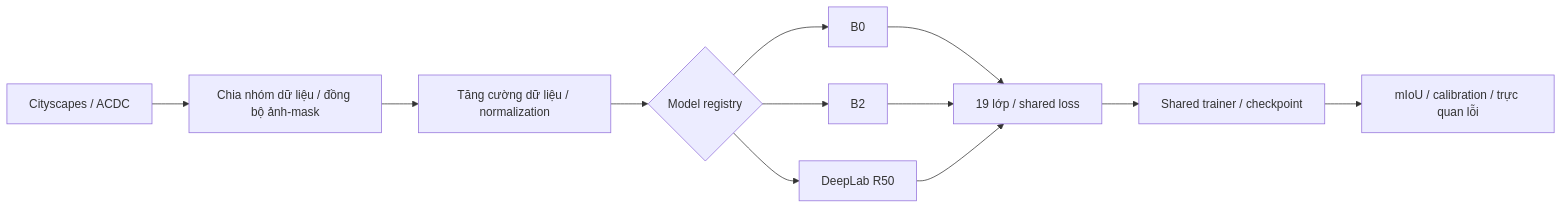
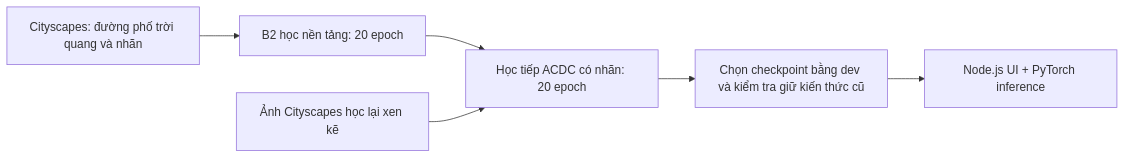
The diagram in README.md (MinhToan1001/adverse-weather-segmentation), drawn with Mermaid before and after one commit. The commit also changed other lines of this file and 44 other files, not shown here.

````diff
--- a/README.md
+++ b/README.md
@@ -29,14 +17,8 @@
 ```mermaid
 flowchart LR
-    D[Cityscapes / ACDC] --> P[Chia nhóm dữ liệu / đồng bộ ảnh-mask]
-    P --> A[Tăng cường dữ liệu / normalization]
-    A --> M{Model registry}
-    M --> B0[B0]
-    M --> B2[B2]
-    M --> DL[DeepLab R50]
-    B0 --> L[19 lớp / shared loss]
-    B2 --> L
-    DL --> L
-    L --> T[Shared trainer / checkpoint]
-    T --> E[mIoU / calibration / trực quan lỗi]
+    C[Cityscapes: đường phố trời quang và nhãn] --> S[B2 học nền tảng: 20 epoch]
+    S --> A[Học tiếp ACDC có nhãn: 20 epoch]
+    R[Ảnh Cityscapes học lại xen kẽ] --> A
+    A --> E[Chọn checkpoint bằng dev và kiểm tra giữ kiến thức cũ]
+    E --> W[Node.js UI + PyTorch inference]
 ```
````
